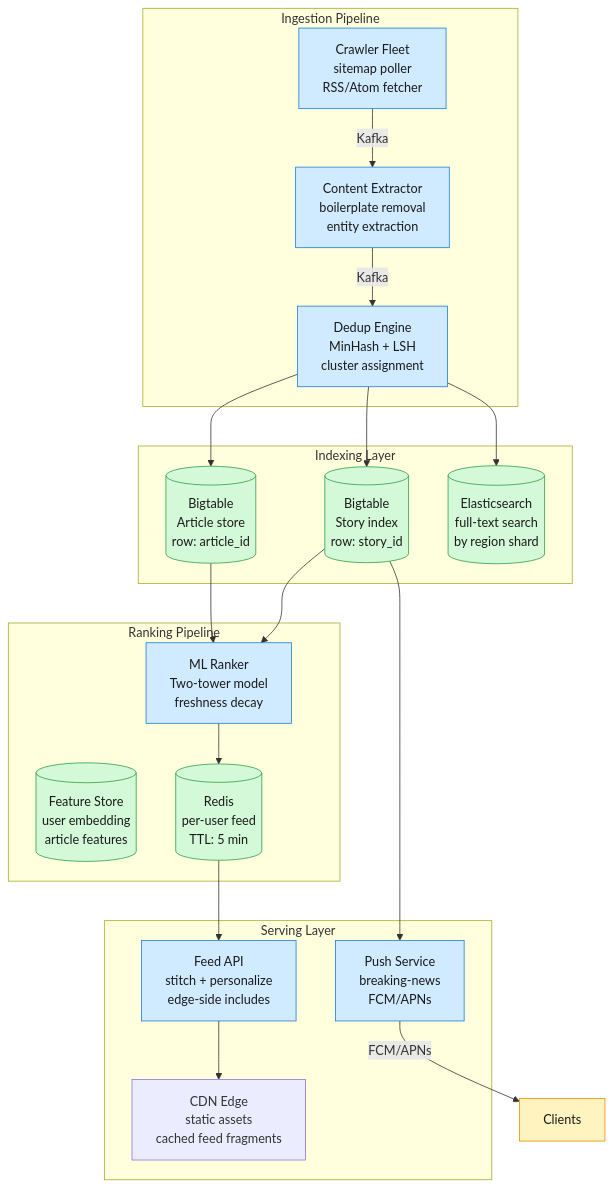
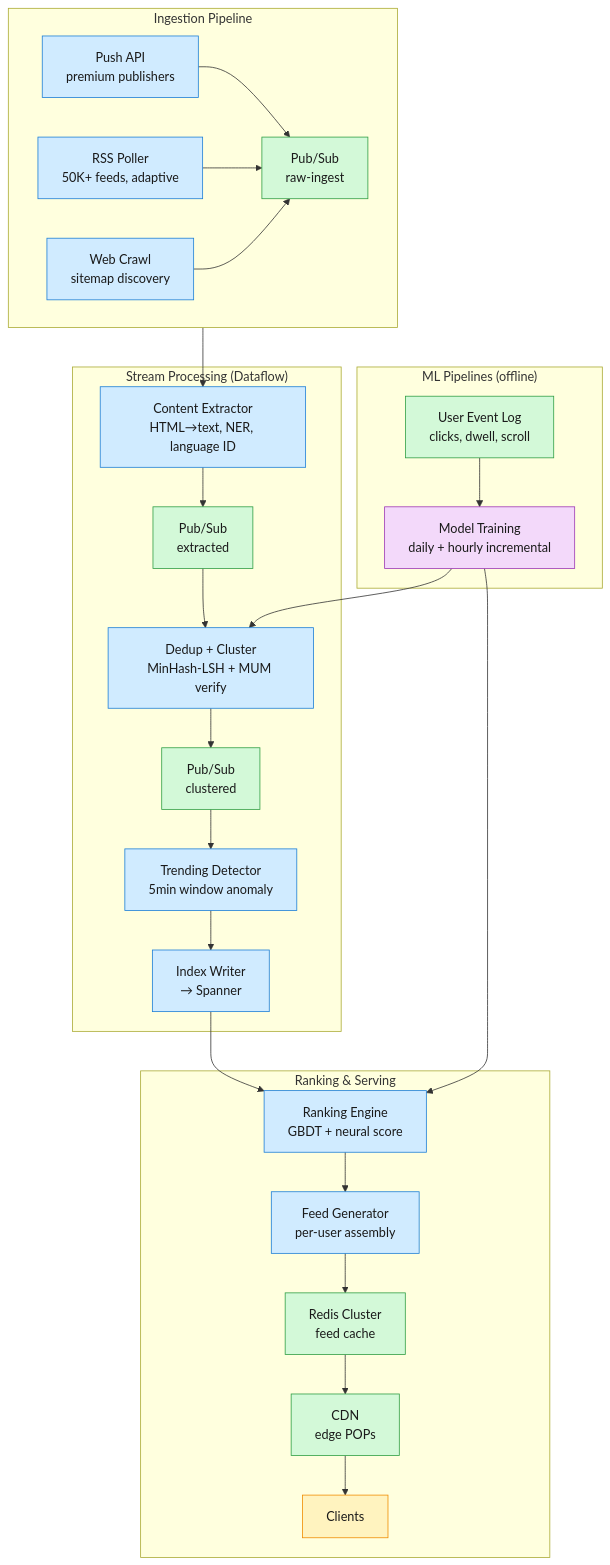
Before and after one commit to iliazlobin/iliazlobin.github.io: the second of 2 diagrams in _posts/2026-06-29-system-design-google-news.md, drawn with Mermaid. The commit also changed other lines of this file and 30 other files, not shown here.

````diff
--- a/_posts/2026-06-29-system-design-google-news.md
+++ b/_posts/2026-06-29-system-design-google-news.md
@@ -128,47 +124,41 @@
 ```mermaid
 graph TB
-    subgraph Ingest["Ingestion Pipeline"]
-        Crawler["Crawler Fleet<br/>sitemap poller<br/>RSS/Atom fetcher"]
-        Extract["Content Extractor<br/>boilerplate removal<br/>entity extraction"]
-        Dedup["Dedup Engine<br/>MinHash + LSH<br/>cluster assignment"]
+    subgraph Ingestion["Ingestion Pipeline"]
+        direction LR
+        PUSH["Push API<br/>premium publishers"] --> PS1["Pub/Sub<br/>raw-ingest"]
+        RSS["RSS Poller<br/>50K+ feeds, adaptive"] --> PS1
+        CRAWL["Web Crawl<br/>sitemap discovery"] --> PS1
     end
 
-    subgraph Index["Indexing Layer"]
-        ArticleDB[("Bigtable<br/>Article store<br/>row: article_id")]
-        StoryDB[("Bigtable<br/>Story index<br/>row: story_id")]
-        SearchIdx[("Elasticsearch<br/>full-text search<br/>by region shard")]
+    subgraph StreamProc["Stream Processing (Dataflow)"]
+        PS1 --> EX["Content Extractor<br/>HTML→text, NER, language ID"]
+        EX --> PS2["Pub/Sub<br/>extracted"]
+        PS2 --> DC["Dedup + Cluster<br/>MinHash-LSH + MUM verify"]
+        DC --> PS3["Pub/Sub<br/>clustered"]
+        PS3 --> TD["Trending Detector<br/>5min window anomaly"]
+        TD --> IDX["Index Writer<br/>→ Spanner"]
     end
 
-    subgraph Rank["Ranking Pipeline"]
-        FeatureStore[("Feature Store<br/>user embedding<br/>article features")]
-        Ranker["ML Ranker<br/>Two-tower model<br/>freshness decay"]
-        FeedCache[("Redis<br/>per-user feed<br/>TTL: 5 min")]
+    subgraph Ranking["Ranking &amp; Serving"]
+        IDX --> RANK["Ranking Engine<br/>GBDT + neural score"]
+        RANK --> FG["Feed Generator<br/>per-user assembly"]
+        FG --> CACHE["Redis Cluster<br/>feed cache"]
+        CACHE --> CDN["CDN<br/>edge POPs"]
+        CDN --> CLIENT["Clients"]
     end
 
-    subgraph Serve["Serving Layer"]
-        EdgeCDN["CDN Edge<br/>static assets<br/>cached feed fragments"]
-        FeedAPI["Feed API<br/>stitch + personalize<br/>edge-side includes"]
-        PushSvc["Push Service<br/>breaking-news<br/>FCM/APNs"]
+    subgraph ML["ML Pipelines (offline)"]
+        UEV["User Event Log<br/>clicks, dwell, scroll"] --> TRAIN["Model Training<br/>daily + hourly incremental"]
+        TRAIN --> RANK
+        TRAIN --> DC
     end
-
-    Crawler -->|Kafka| Extract
-    Extract -->|Kafka| Dedup
-    Dedup --> ArticleDB
-    Dedup --> StoryDB
-    Dedup --> SearchIdx
-    ArticleDB --> Ranker
-    StoryDB --> Ranker
-    Ranker --> FeedCache
-    FeedCache --> FeedAPI
-    FeedAPI --> EdgeCDN
-    StoryDB --> PushSvc
-    PushSvc -->|FCM/APNs| Clients["Clients"]
 
     classDef edge fill:#fff3bf,stroke:#f08c00,color:#1a1a1a;
     classDef svc fill:#d0ebff,stroke:#1c7ed6,color:#1a1a1a;
     classDef store fill:#d3f9d8,stroke:#2f9e44,color:#1a1a1a;
-    classDef bus fill:#ffe8cc,stroke:#e8590c,color:#1a1a1a;
-    class Crawler,Extract,Dedup,Ranker,FeedAPI,PushSvc svc;
-    class ArticleDB,StoryDB,SearchIdx,FeatureStore,FeedCache store;
-    class Clients edge;
+    classDef ml fill:#f3d9fa,stroke:#9c36b5,color:#1a1a1a;
+    class PUSH,RSS,CRAWL,EX,DC,TD,IDX,RANK,FG svc;
+    class PS1,PS2,PS3,CACHE,UEV,CDN store;
+    class TRAIN ml;
+    class CLIENT edge;
 ```
````
